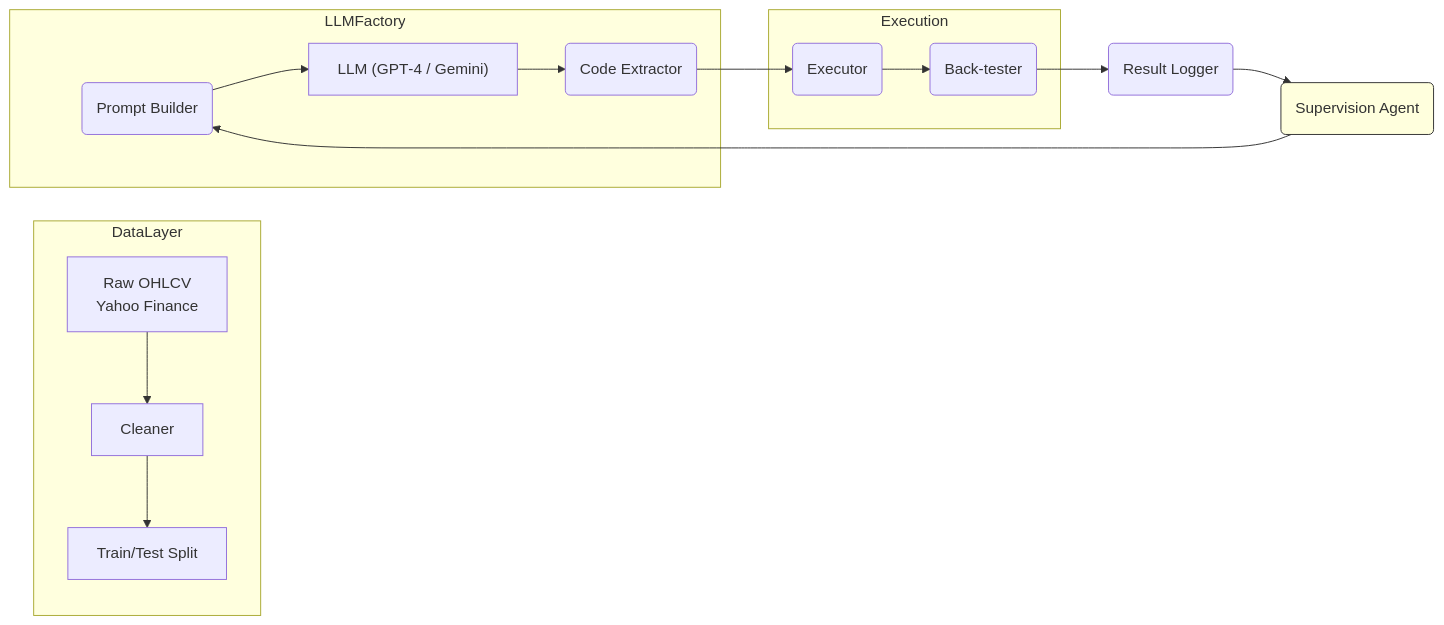
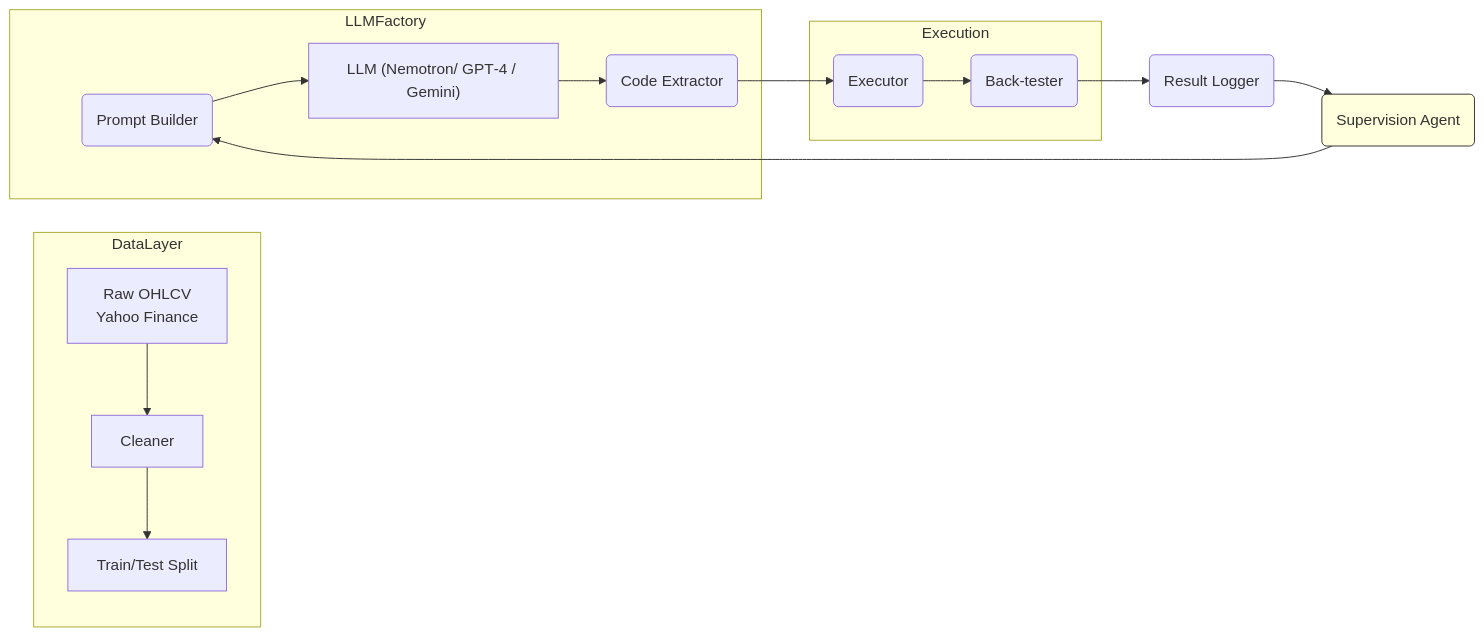
Before and after one commit to SuprithChandrashekar/AGITradeGen: the diagram in ProjectReport.md, drawn with Mermaid.

Commit message:
Update to report

````diff
--- a/ProjectReport.md
+++ b/ProjectReport.md
@@ -126,20 +126,20 @@
 ```mermaid
 graph LR
     subgraph DataLayer
         A1["Raw OHLCV
 Yahoo Finance"] --> A2[Cleaner]
         A2 --> A3[Train/Test Split]
     end
     subgraph LLMFactory
-        P(Prompt Builder) --> L1["LLM (GPT‑4 / Gemini)"]
+        P(Prompt Builder) --> L1["LLM (Nemotron/ GPT‑4 / Gemini)"]
         L1 --> C(Code Extractor)
     end
     subgraph Execution
         C --> E1(Executor)
         E1 --> B1(Back‑tester)
     end
     B1 --> R1(Result Logger)
     R1 --> S1(Supervision Agent)
     S1 --> P
     style S1 fill:#ffd,stroke:#333,stroke-width:1px
 ```
````
